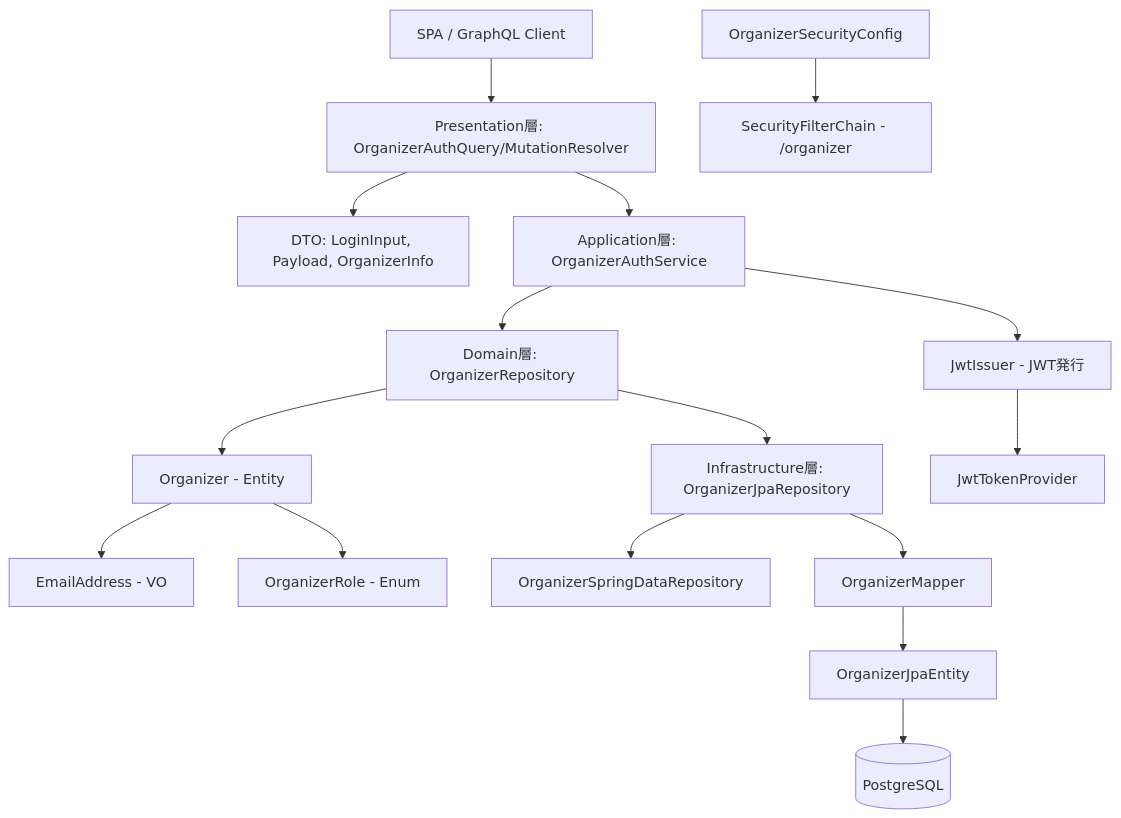
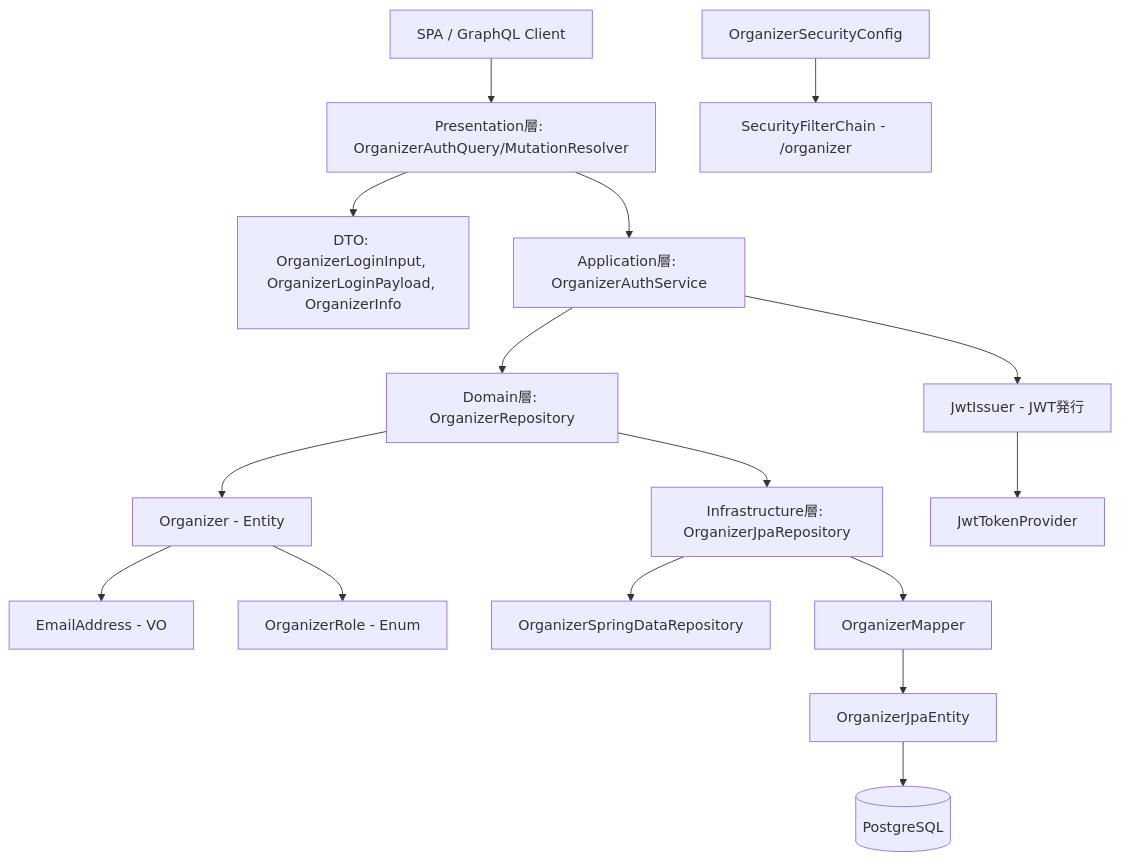
One commit to yuji91/kt-event-saas changed the first of 2 diagrams in docs/03_organizer/README.md. Above: the diagram before and after it, drawn with Mermaid. The commit also changed other lines of this file and 6 other files, not shown here.

Commit message:
fix: 名前衝突しないよう OrganizerLoginInput, OrganizerLoginPayload とクラス名を変更した

````diff
--- a/docs/03_organizer/README.md
+++ b/docs/03_organizer/README.md
@@ -103,27 +103,27 @@
 ```mermaid
 graph TD
 
 %% Presentation層
 UI[SPA / GraphQL Client] --> Resolver[Presentation層: OrganizerAuthQuery/MutationResolver]
-Resolver --> DTO[DTO: LoginInput, Payload, OrganizerInfo]
+Resolver --> DTO[DTO: OrganizerLoginInput, OrganizerLoginPayload, OrganizerInfo]
 
 %% Application層
 Resolver --> AuthService[Application層: OrganizerAuthService]
 AuthService --> JwtIssuer[JwtIssuer - JWT発行]
 
 %% Domain層
 AuthService --> RepositoryIF[Domain層: OrganizerRepository]
 RepositoryIF --> DomainEntity[Organizer - Entity]
 DomainEntity --> Email[EmailAddress - VO]
 DomainEntity --> Role[OrganizerRole - Enum]
 
 %% Infrastructure層
 RepositoryIF --> JpaRepository[Infrastructure層: OrganizerJpaRepository]
 JpaRepository --> SpringDataRepo[OrganizerSpringDataRepository]
 JpaRepository --> Mapper[OrganizerMapper]
 Mapper --> JpaEntity[OrganizerJpaEntity]
 JpaEntity --> DB[(PostgreSQL)]
 
 JwtIssuer --> JwtUtil[JwtTokenProvider]
 SecurityConfig[OrganizerSecurityConfig] --> FilterChain[SecurityFilterChain - /organizer]
 ```
````
